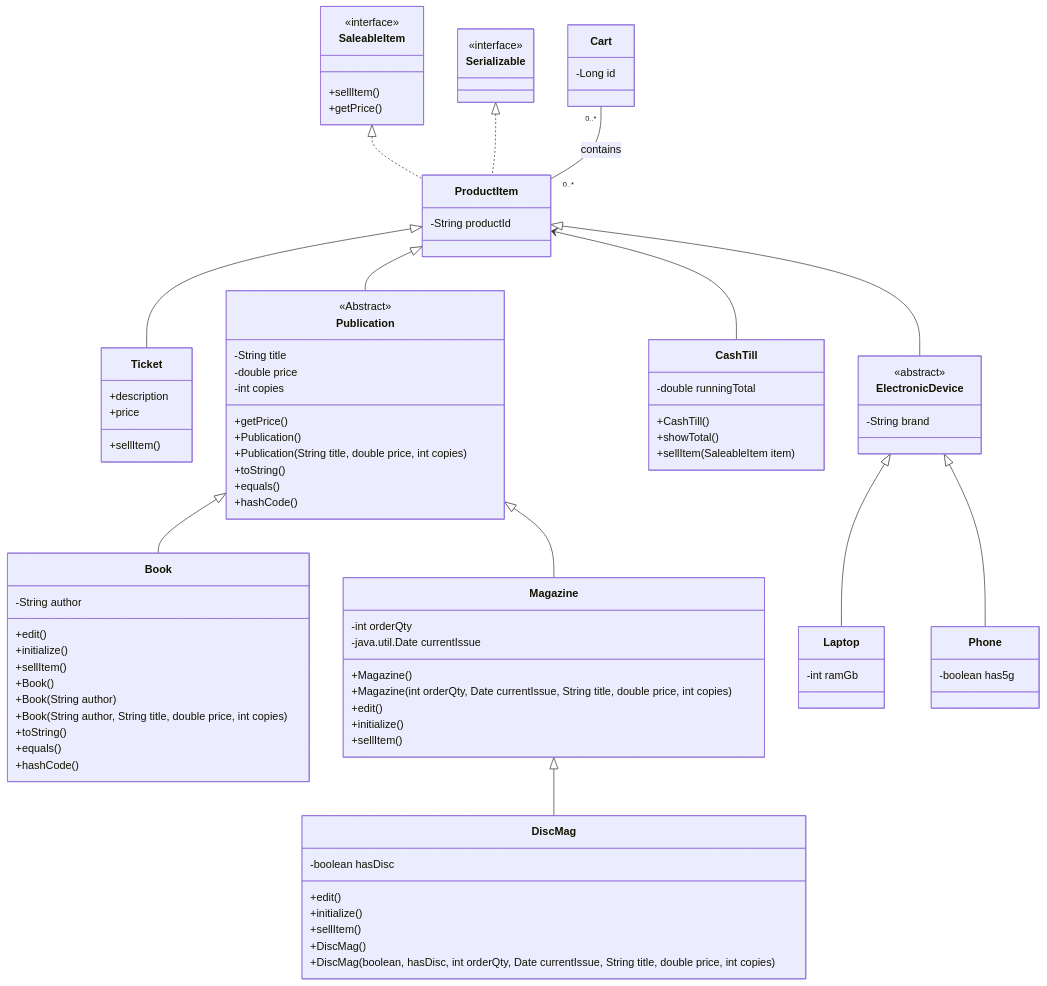
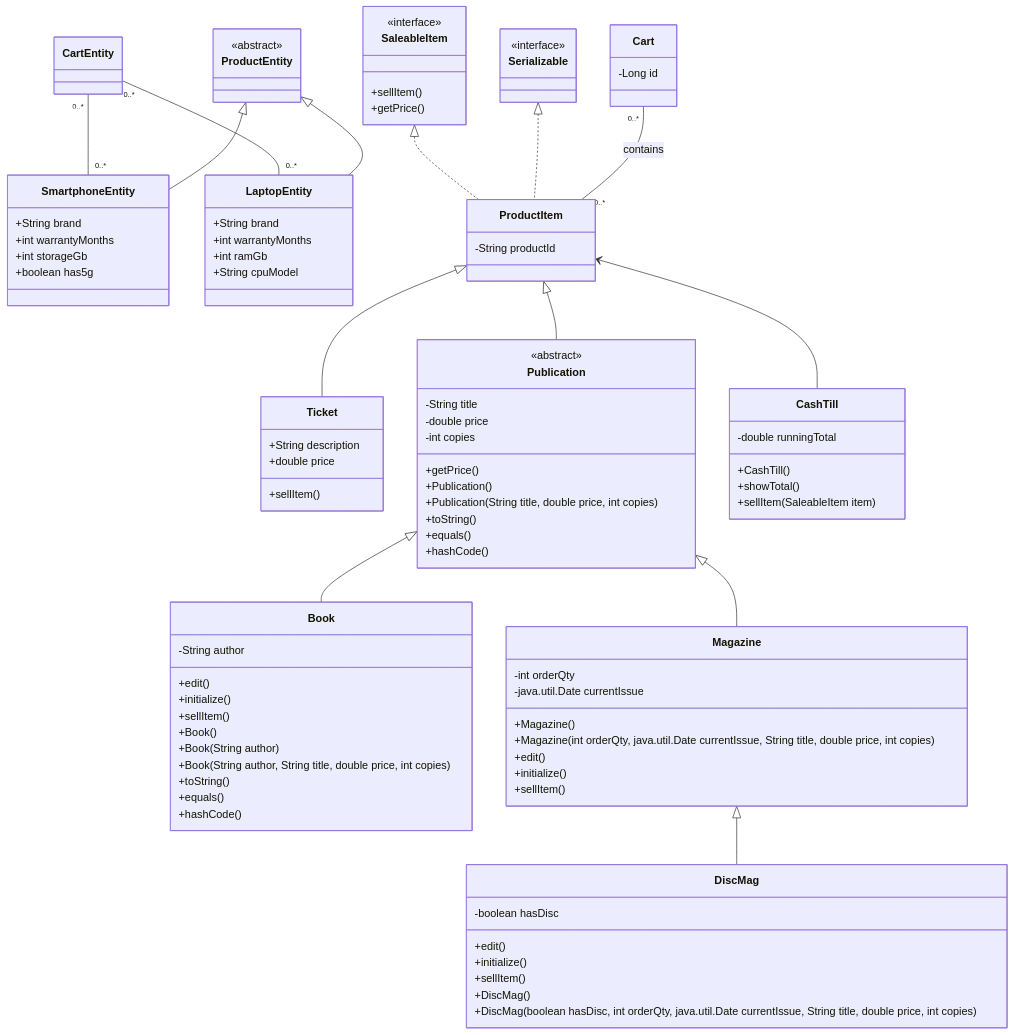
One commit to Vladkot124/csd230_w26.lab1.VladyslavAndres changed the diagram in documentation/bookstore.f25-2025-11-17-211001.mmd. Above: the diagram before and after it, drawn with Mermaid. The commit also changed 38 other files, not shown here.

```diff
--- a/documentation/bookstore.f25-2025-11-17-211001.mmd
+++ b/documentation/bookstore.f25-2025-11-17-211001.mmd
@@ -1,105 +1,118 @@
 classDiagram
+    CartEntity "0..*" -- "0..*" SmartphoneEntity
+    CartEntity "0..*" -- "0..*" LaptopEntity
 
-    ProductItem <|--Ticket
-    ProductItem <|--Publication
+    ProductItem <|-- Ticket
+    ProductItem <|-- Publication
     Publication <|-- Book
     Publication <|-- Magazine
     Magazine <|-- DiscMag
+
     SaleableItem <|.. ProductItem
     Serializable <|.. ProductItem
+
     ProductItem <-- CashTill
     Cart "0..*" -- "0..*" ProductItem : contains
-    ProductItem <|-- ElectronicDevice
-    ElectronicDevice <|-- Laptop
-    ElectronicDevice <|-- Phone
 
-    class ElectronicDevice{
+    ProductEntity <|-- SmartphoneEntity
+    ProductEntity <|-- LaptopEntity
+
+    class ProductEntity {
         <<abstract>>
-        -String brand
-    }
-    class Laptop{
-        -int ramGb
-    }
-    class Phone{
-        -boolean has5g
     }
 
-    class Cart{
+    class SmartphoneEntity {
+        +String brand
+        +int warrantyMonths
+        +int storageGb
+        +boolean has5g
+    }
+
+    class LaptopEntity {
+        +String brand
+        +int warrantyMonths
+        +int ramGb
+        +String cpuModel
+    }
+
+    class CartEntity
+    class Cart {
         -Long id
     }
 
-
-    class ProductItem{
+    class ProductItem {
         -String productId
     }
 
-    class Serializable{
+    class Serializable {
         <<interface>>
     }
-    class Ticket{
-        +description
-        +price
+
+    class Ticket {
+        +String description
+        +double price
         +sellItem()
     }
 
-    class Publication{
-        <<Abstract>>
+    class Publication {
+        <<abstract>>
         -String title
         -double price
         -int copies
         +getPrice()
 
         +Publication()
         +Publication(String title, double price, int copies)
         +toString()
         +equals()
         +hashCode()
+    }
 
-    }
-    class Book{
+    class Book {
         -String author
         +edit()
         +initialize()
         +sellItem()
 
         +Book()
         +Book(String author)
         +Book(String author, String title, double price, int copies)
         +toString()
         +equals()
         +hashCode()
+    }
 
-    }
-    class Magazine{
+    class Magazine {
         -int orderQty
         -java.util.Date currentIssue
 
         +Magazine()
-        +Magazine(int orderQty, Date currentIssue, String title, double price, int copies)
+        +Magazine(int orderQty, java.util.Date currentIssue, String title, double price, int copies)
 
         +edit()
         +initialize()
         +sellItem()
     }
-    class DiscMag{
+
+    class DiscMag {
         -boolean hasDisc
         +edit()
         +initialize()
         +sellItem()
 
         +DiscMag()
-        +DiscMag(boolean, hasDisc, int orderQty, Date currentIssue, String title, double price, int copies)
+        +DiscMag(boolean hasDisc, int orderQty, java.util.Date currentIssue, String title, double price, int copies)
+    }
 
-    }
-    class CashTill{
+    class CashTill {
         -double runningTotal
         +CashTill()
         +showTotal()
         +sellItem(SaleableItem item)
     }
+
     class SaleableItem {
         <<interface>>
         +sellItem()
         +getPrice()
-
     }
```
